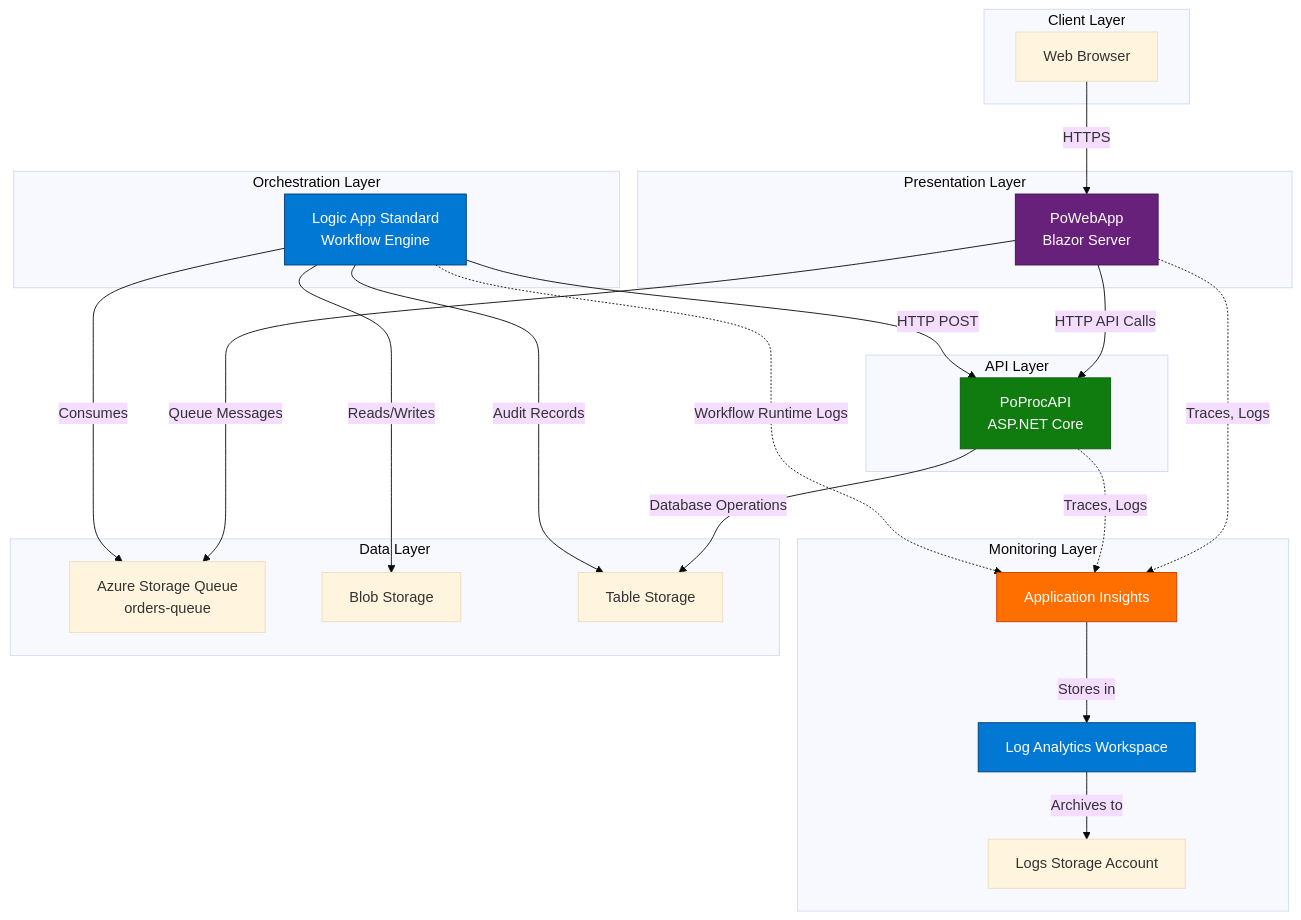
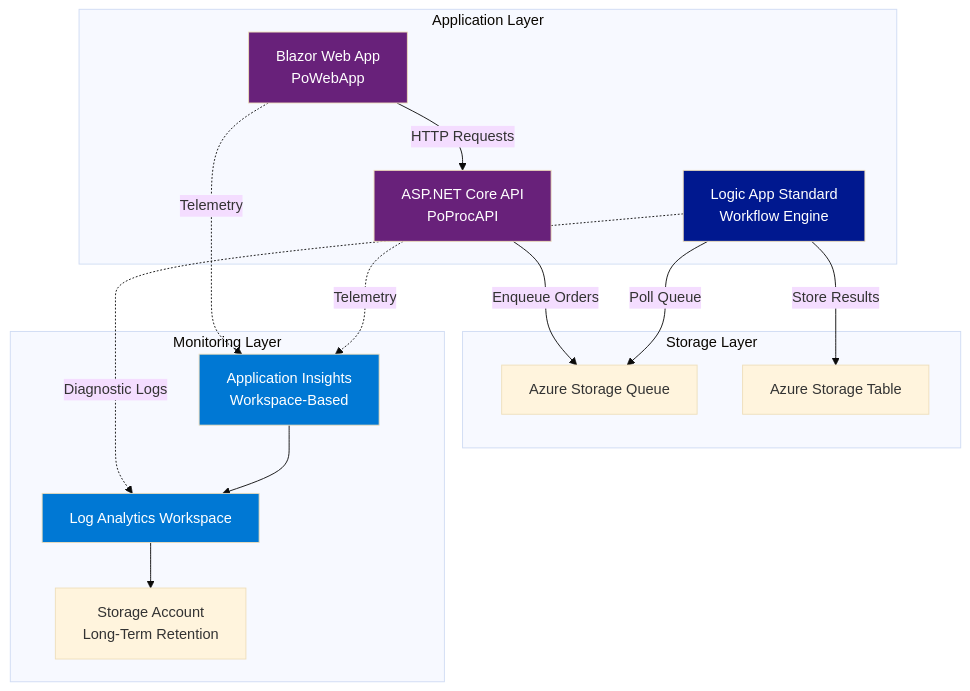
Before and after one commit to Evilazaro/Azure-LogicApps-Monitoring: the first of 3 diagrams in README.md, drawn with Mermaid (base theme). The commit also changed other lines of this file, not shown here.

Commit message:
Implement feature X to enhance user experience and optimize performance

````diff
--- a/README.md
+++ b/README.md
@@ -133,51 +121,37 @@
 ```mermaid
 graph TB
-    subgraph "Client Layer"
-        USER[Web Browser]
+    subgraph "Application Layer"
+        WebApp[Blazor Web App<br/>PoWebApp]
+        API[ASP.NET Core API<br/>PoProcAPI]
+        LogicApp[Logic App Standard<br/>Workflow Engine]
+    end
+
+    subgraph "Storage Layer"
+        Queue[Azure Storage Queue]
+        Table[Azure Storage Table]
     end
 
     subgraph "Monitoring Layer"
-        LAWS[Log Analytics Workspace]
-        AI[Application Insights]
-        STORAGE[Logs Storage Account]
+        AppInsights[Application Insights<br/>Workspace-Based]
+        LogAnalytics[Log Analytics Workspace]
+        StorageAccount[Storage Account<br/>Long-Term Retention]
     end
 
-    subgraph "Presentation Layer"
-        WEBAPP[PoWebApp<br/>Blazor Server]
-    end
+    WebApp -->|HTTP Requests| API
+    API -->|Enqueue Orders| Queue
+    LogicApp -->|Poll Queue| Queue
+    LogicApp -->|Store Results| Table
 
-    subgraph "API Layer"
-        API[PoProcAPI<br/>ASP.NET Core]
-    end
+    WebApp -.->|Telemetry| AppInsights
+    API -.->|Telemetry| AppInsights
+    LogicApp -.->|Diagnostic Logs| LogAnalytics
 
-    subgraph "Orchestration Layer"
-        LOGICAPP[Logic App Standard<br/>Workflow Engine]
-    end
+    AppInsights --> LogAnalytics
+    LogAnalytics --> StorageAccount
 
-    subgraph "Data Layer"
-        QUEUE[Azure Storage Queue<br/>orders-queue]
-        BLOB[Blob Storage]
-        TABLE[Table Storage]
-    end
-
-    USER -->|HTTPS| WEBAPP
-    WEBAPP -->|HTTP API Calls| API
-    WEBAPP -->|Queue Messages| QUEUE
-    API -->|Database Operations| TABLE
-    LOGICAPP -->|Consumes| QUEUE
-    LOGICAPP -->|HTTP POST| API
-    LOGICAPP -->|Reads/Writes| BLOB
-    LOGICAPP -->|Audit Records| TABLE
-
-    WEBAPP -.->|Traces, Logs| AI
-    API -.->|Traces, Logs| AI
-    LOGICAPP -.->|Workflow Runtime Logs| AI
-    AI -->|Stores in| LAWS
-    LAWS -->|Archives to| STORAGE
-
-    style LAWS fill:#0078D4,stroke:#003B73,color:#fff
-    style AI fill:#FF6F00,stroke:#C43E00,color:#fff
-    style WEBAPP fill:#68217A,stroke:#3E145F,color:#fff
-    style API fill:#107C10,stroke:#0B5A0B,color:#fff
-    style LOGICAPP fill:#0078D4,stroke:#003B73,color:#fff
+    style AppInsights fill:#0078D4,color:#fff
+    style LogAnalytics fill:#0078D4,color:#fff
+    style WebApp fill:#68217A,color:#fff
+    style API fill:#68217A,color:#fff
+    style LogicApp fill:#00188F,color:#fff
 ```
````
